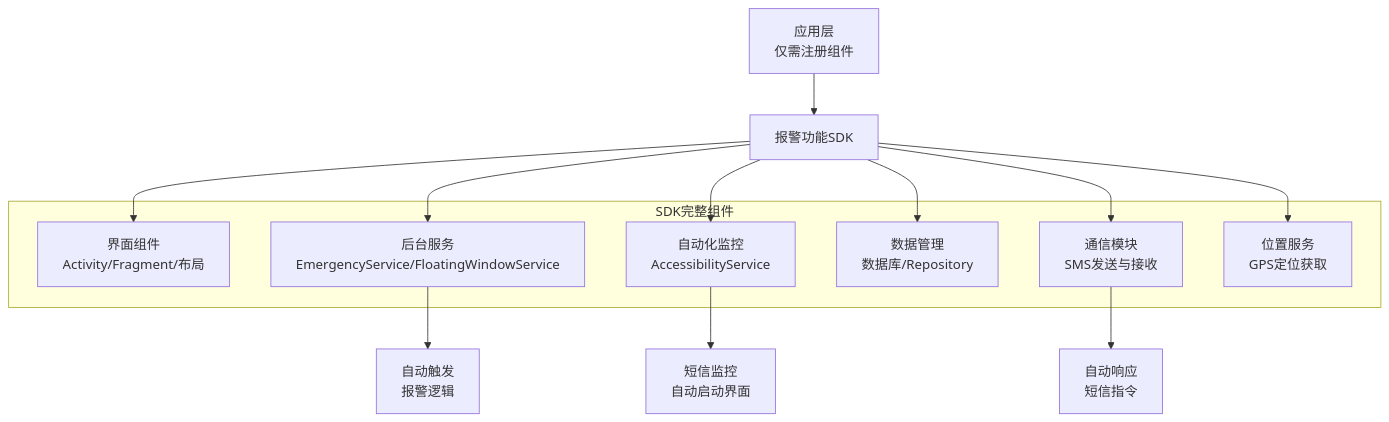
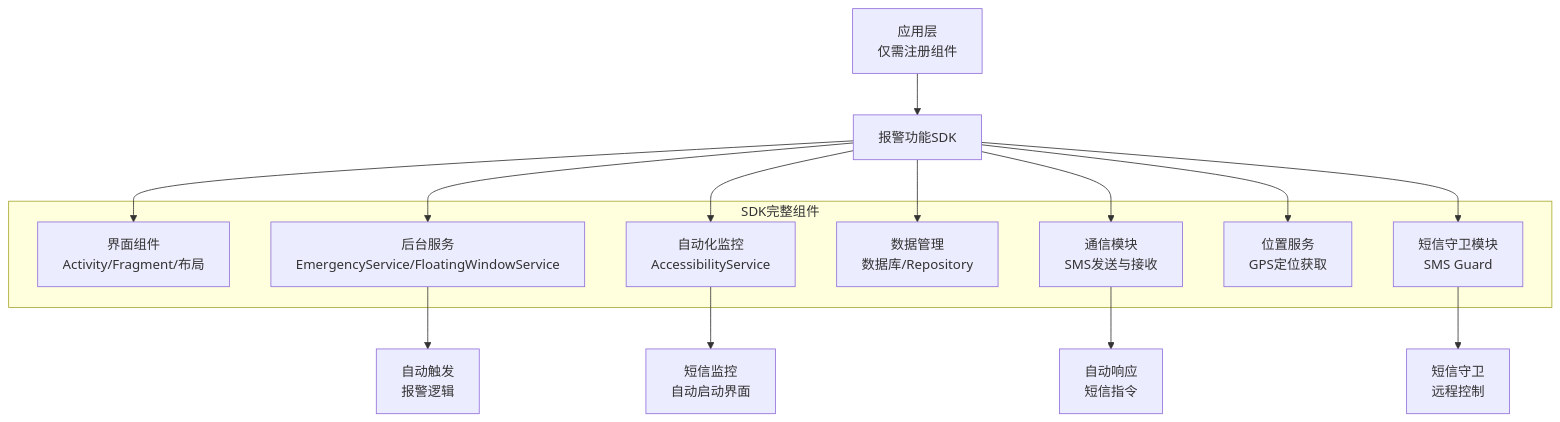
One commit to terminail/autodroid changed the first of 4 diagrams in autdroid-guardians/guardian-sdk/DESIGN.md. Above: the diagram before and after it, drawn with Mermaid. The commit also changed other lines of this file and 2 other files, not shown here.

````diff
--- a/autdroid-guardians/guardian-sdk/DESIGN.md
+++ b/autdroid-guardians/guardian-sdk/DESIGN.md
@@ -25,25 +27,28 @@
 ```mermaid
 graph TB
     A[应用层<br/>仅需注册组件] --> B[报警功能SDK]
     
     subgraph SDK完整组件
         C[界面组件<br/>Activity/Fragment/布局]
         D[后台服务<br/>EmergencyService/FloatingWindowService]
         E[自动化监控<br/>AccessibilityService]
         F[数据管理<br/>数据库/Repository]
         G[通信模块<br/>SMS发送与接收]
         H[位置服务<br/>GPS定位获取]
+        I[短信守卫模块<br/>SMS Guard]
     end
     
     B --> C
     B --> D
     B --> E
     B --> F
     B --> G
     B --> H
+    B --> I
     
-    E --> I[短信监控<br/>自动启动界面]
-    D --> J[自动触发<br/>报警逻辑]
-    G --> K[自动响应<br/>短信指令]
+    E --> J[短信监控<br/>自动启动界面]
+    D --> K[自动触发<br/>报警逻辑]
+    G --> L[自动响应<br/>短信指令]
+    I --> M[短信守卫<br/>远程控制]
     
 ```
````
